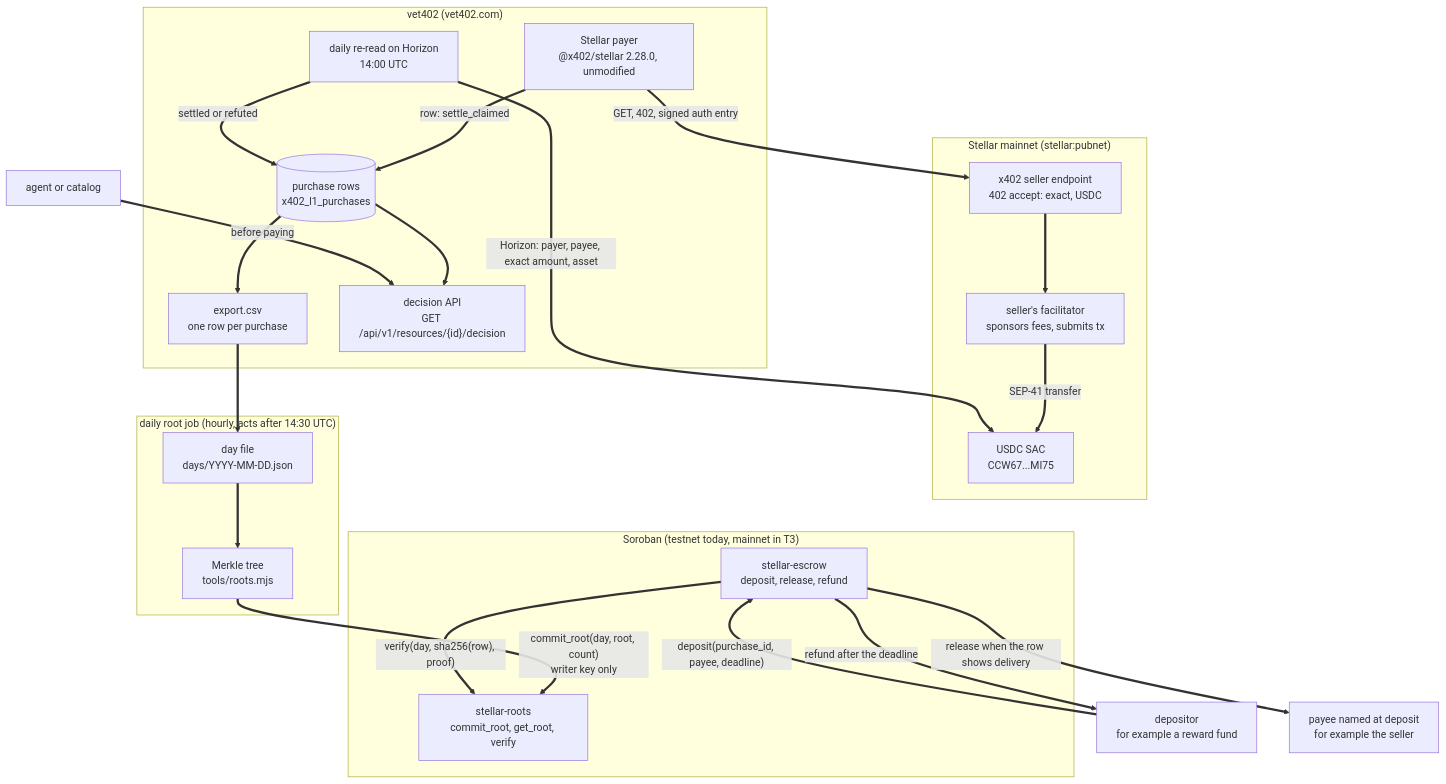
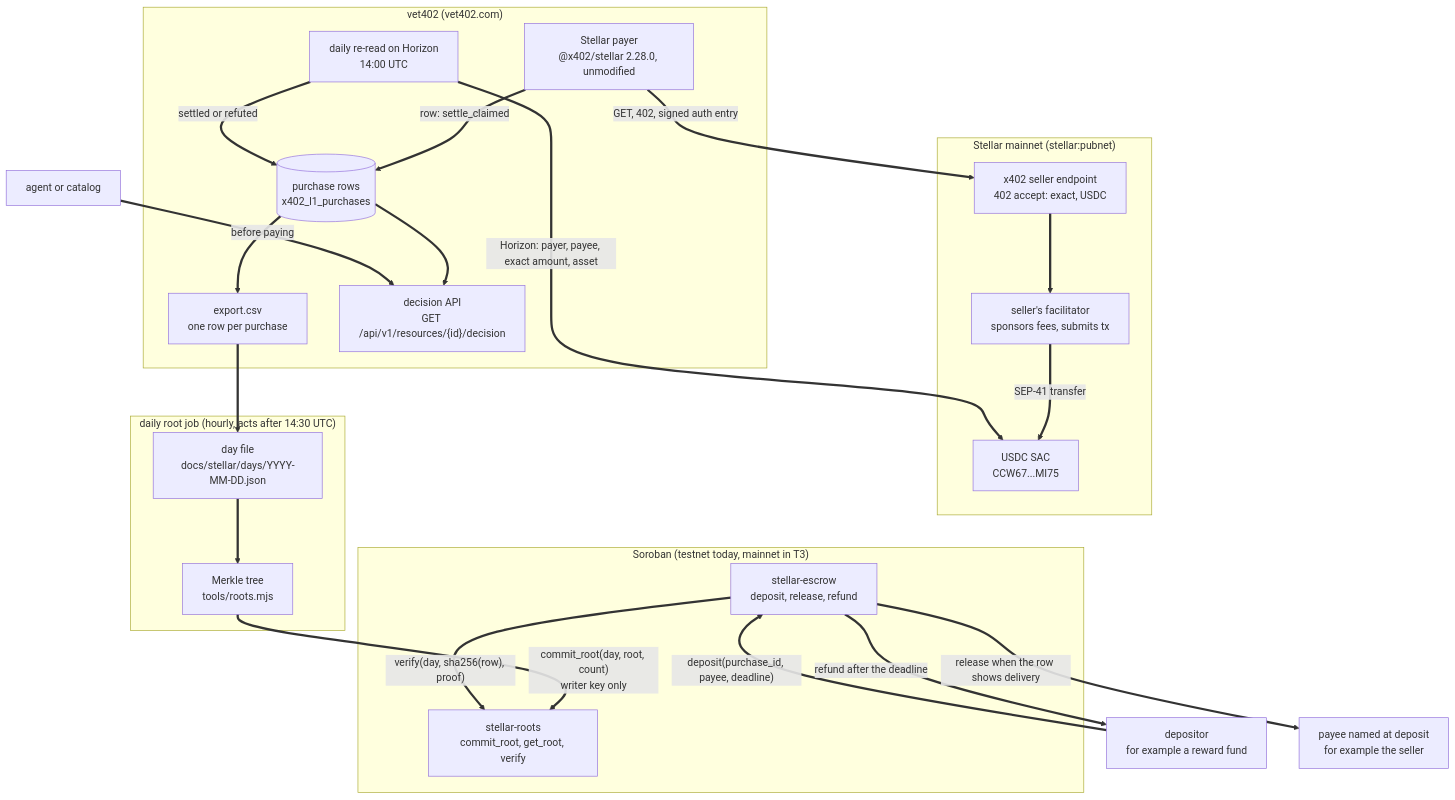
One commit to kzmttkc/vet402 changed the first of 2 diagrams in docs/stellar/technical-architecture.md. Above: the diagram before and after it, drawn with Mermaid. The commit also changed other lines of this file and 15 other files, not shown here.

First line of the commit message:
docs(stellar): refresh the architecture figures and publish day files through 2026-10-31

````diff
--- a/docs/stellar/technical-architecture.md
+++ b/docs/stellar/technical-architecture.md
@@ -32,41 +33,41 @@
 ```mermaid
 flowchart TB
   subgraph Mainnet["Stellar mainnet (stellar:pubnet)"]
     Seller["x402 seller endpoint<br/>402 accept: exact, USDC"]
     Fac["seller's facilitator<br/>sponsors fees, submits tx"]
     SAC["USDC SAC<br/>CCW67...MI75"]
   end
   subgraph V["vet402 (vet402.com)"]
     Payer["Stellar payer<br/>@x402/stellar 2.28.0, unmodified"]
     Reread["daily re-read on Horizon<br/>14:00 UTC"]
     Store[("purchase rows<br/>x402_l1_purchases")]
     Export["export.csv<br/>one row per purchase"]
     API["decision API<br/>GET /api/v1/resources/{id}/decision"]
   end
   subgraph Job["daily root job (hourly, acts after 14:30 UTC)"]
-    Day["day file<br/>days/YYYY-MM-DD.json"]
+    Day["day file<br/>docs/stellar/days/YYYY-MM-DD.json"]
     Tree["Merkle tree<br/>tools/roots.mjs"]
   end
   subgraph Soroban["Soroban (testnet today, mainnet in T3)"]
     Roots["stellar-roots<br/>commit_root, get_root, verify"]
     Escrow["stellar-escrow<br/>deposit, release, refund"]
   end
   Agent["agent or catalog"]
   Funder["depositor<br/>for example a reward fund"]
   Payee["payee named at deposit<br/>for example the seller"]
 
   Payer ==>|"GET, 402, signed auth entry"| Seller
   Seller ==> Fac ==>|"SEP-41 transfer"| SAC
   Payer ==>|"row: settle_claimed"| Store
   Reread ==>|"Horizon: payer, payee, exact amount, asset"| SAC
   Reread ==>|"settled or refuted"| Store
   Store ==> Export
   Store ==> API
   Agent ==>|"before paying"| API
   Export ==> Day ==> Tree
   Tree ==>|"commit_root(day, root, count)<br/>writer key only"| Roots
   Funder ==>|"deposit(purchase_id, payee, deadline)"| Escrow
   Escrow ==>|"verify(day, sha256(row), proof)"| Roots
   Escrow ==>|"release when the row shows delivery"| Payee
   Escrow ==>|"refund after the deadline"| Funder
 ```
````
